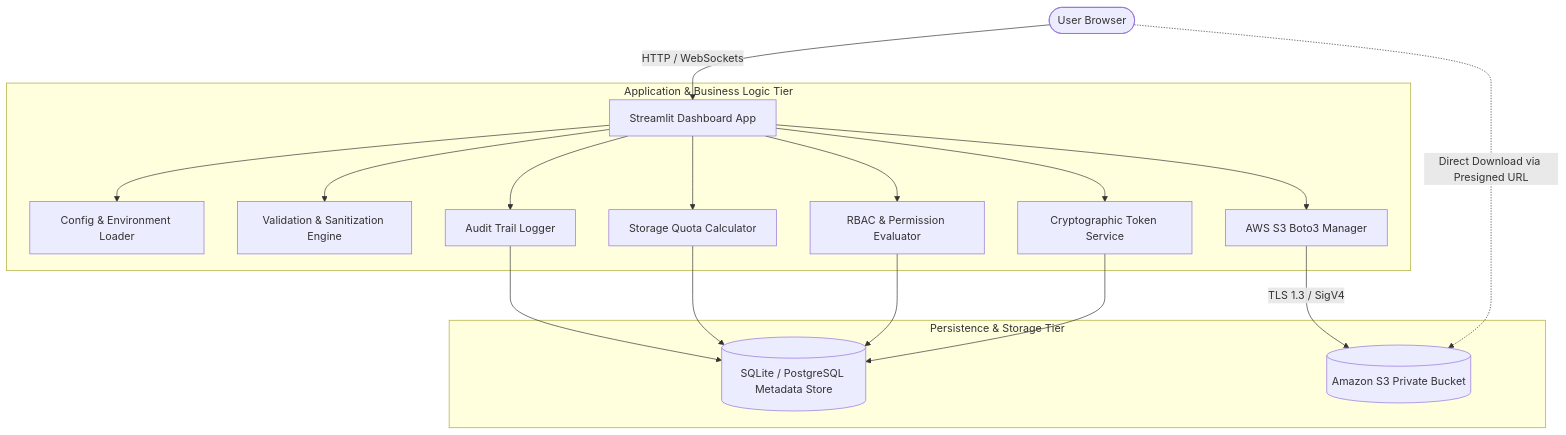
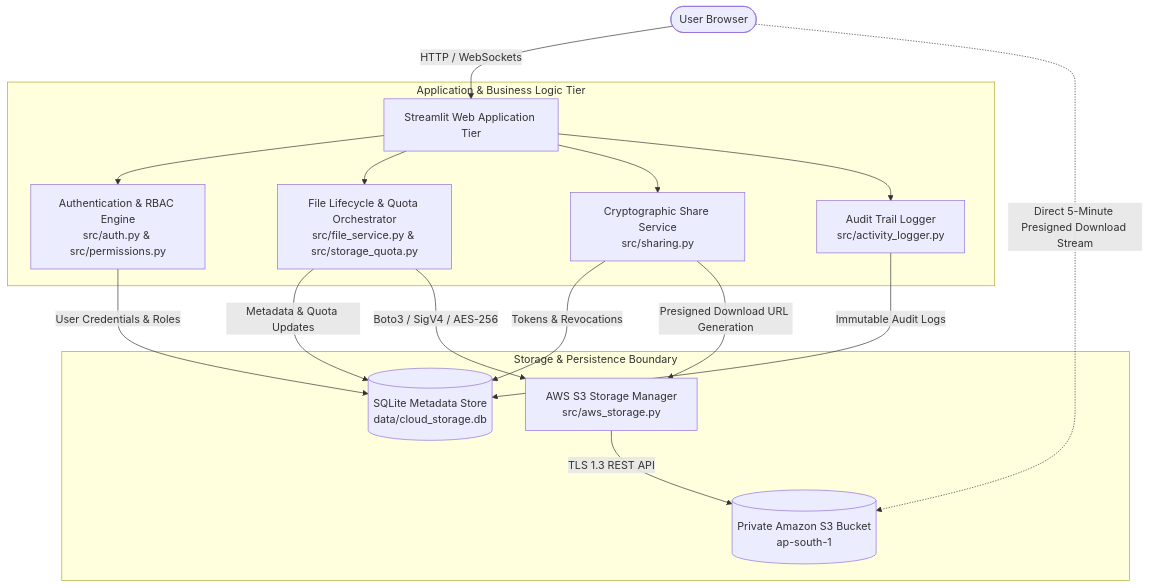
The first of 3 diagrams in docs/ARCHITECTURE.md (kaushiksrj17-cmyk/Codsoft-), drawn with Mermaid before and after one commit. The commit also changed other lines of this file and 35 other files, not shown here.

First line of the commit message:
Cloud file storage system

````diff
--- a/docs/ARCHITECTURE.md
+++ b/docs/ARCHITECTURE.md
@@ -13,25 +13,24 @@
 ```mermaid
 graph TD
-    User([User Browser]) -->|HTTP / WebSockets| StreamlitUI[Streamlit Dashboard App]
+    Client([User Browser]) -->|HTTP / WebSockets| StreamlitUI[Streamlit Web Application Tier]
     
-    subgraph Application_Tier [Application & Business Logic Tier]
-        StreamlitUI --> AppConfig[Config & Environment Loader]
-        StreamlitUI --> FileValidation[Validation & Sanitization Engine]
-        StreamlitUI --> PermissionEngine[RBAC & Permission Evaluator]
-        StreamlitUI --> QuotaManager[Storage Quota Calculator]
-        StreamlitUI --> SharingService[Cryptographic Token Service]
-        StreamlitUI --> S3Manager[AWS S3 Boto3 Manager]
-        StreamlitUI --> ActivityLogger[Audit Trail Logger]
+    subgraph AppTier [Application & Business Logic Tier]
+        StreamlitUI --> Auth[Authentication & RBAC Engine<br/>src/auth.py & src/permissions.py]
+        StreamlitUI --> FileService[File Lifecycle & Quota Orchestrator<br/>src/file_service.py & src/storage_quota.py]
+        StreamlitUI --> SharingService[Cryptographic Share Service<br/>src/sharing.py]
+        StreamlitUI --> Logger[Audit Trail Logger<br/>src/activity_logger.py]
     end
 
-    subgraph Data_Tier [Persistence & Storage Tier]
-        ActivityLogger --> MetadataDB[(SQLite / PostgreSQL Metadata Store)]
-        QuotaManager --> MetadataDB
-        PermissionEngine --> MetadataDB
-        SharingService --> MetadataDB
-        
-        S3Manager -->|TLS 1.3 / SigV4| AmazonS3[(Amazon S3 Private Bucket)]
+    subgraph StorageBoundary [Storage & Persistence Boundary]
+        FileService -->|Metadata & Quota Updates| SQLiteDB[(SQLite Metadata Store<br/>data/cloud_storage.db)]
+        SharingService -->|Tokens & Revocations| SQLiteDB
+        Auth -->|User Credentials & Roles| SQLiteDB
+        Logger -->|Immutable Audit Logs| SQLiteDB
+
+        FileService -->|Boto3 / SigV4 / AES-256| S3Manager[AWS S3 Storage Manager<br/>src/aws_storage.py]
+        SharingService -->|Presigned Download URL Generation| S3Manager
+        S3Manager -->|TLS 1.3 REST API| AmazonS3[(Private Amazon S3 Bucket<br/>ap-south-1)]
     end
 
-    User -.->|Direct Download via Presigned URL| AmazonS3
+    Client -.->|Direct 5-Minute Presigned Download Stream| AmazonS3
 ```
````
